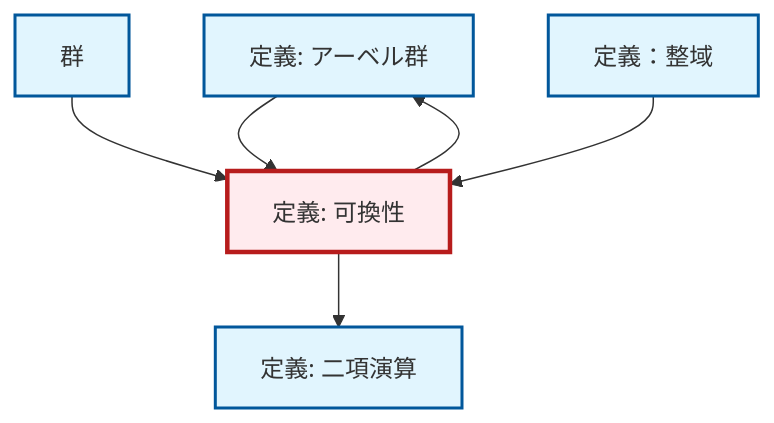
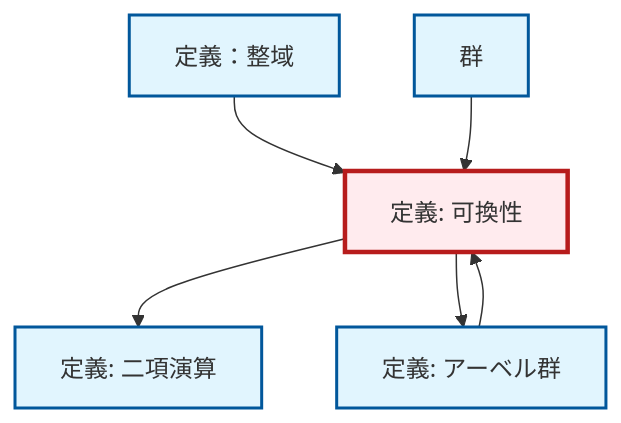
The diagram in content/ja/algebra/def-commutativity.qmd (RK0429/ModernMath), drawn with Mermaid before and after one commit. The commit also changed 672 other files, not shown here.

````diff
--- a/content/ja/algebra/def-commutativity.qmd
+++ b/content/ja/algebra/def-commutativity.qmd
@@ -102,24 +102,24 @@
 ```{mermaid}
-%%| fig-cap: "Local dependency graph"
+%%| fig-cap: "ローカル依存関係グラフ"
 graph TD
     classDef definition fill:#e1f5fe,stroke:#01579b,stroke-width:2px
     classDef theorem fill:#f3e5f5,stroke:#4a148c,stroke-width:2px
     classDef axiom fill:#fff3e0,stroke:#e65100,stroke-width:2px
     classDef example fill:#e8f5e9,stroke:#1b5e20,stroke-width:2px
     classDef current fill:#ffebee,stroke:#b71c1c,stroke-width:3px
     def-binary-operation["定義: 二項演算"]:::definition
+    def-integral-domain["定義：整域"]:::definition
+    def-commutativity["定義: 可換性"]:::definition
+    def-group["群"]:::definition
     def-abelian-group["定義: アーベル群"]:::definition
-    def-commutativity["定義: 可換性"]:::definition
-    def-integral-domain["定義：整域"]:::definition
-    def-group["群"]:::definition
+    def-commutativity --> def-binary-operation
+    def-integral-domain --> def-commutativity
+    def-group --> def-commutativity
+    def-commutativity --> def-abelian-group
     def-abelian-group --> def-commutativity
-    def-group --> def-commutativity
-    def-integral-domain --> def-commutativity
-    def-commutativity --> def-binary-operation
-    def-commutativity --> def-abelian-group
     class def-commutativity current
     click def-binary-operation "def-binary-operation.html" "二項演算の定義へ"
-    click def-abelian-group "def-abelian-group.html" "アーベル群の定義へ"
     click def-integral-domain "def-integral-domain.html" "定義：整域へ"
     click def-group "def-group.html" "群へ"
+    click def-abelian-group "def-abelian-group.html" "アーベル群の定義へ"
 ```
````
